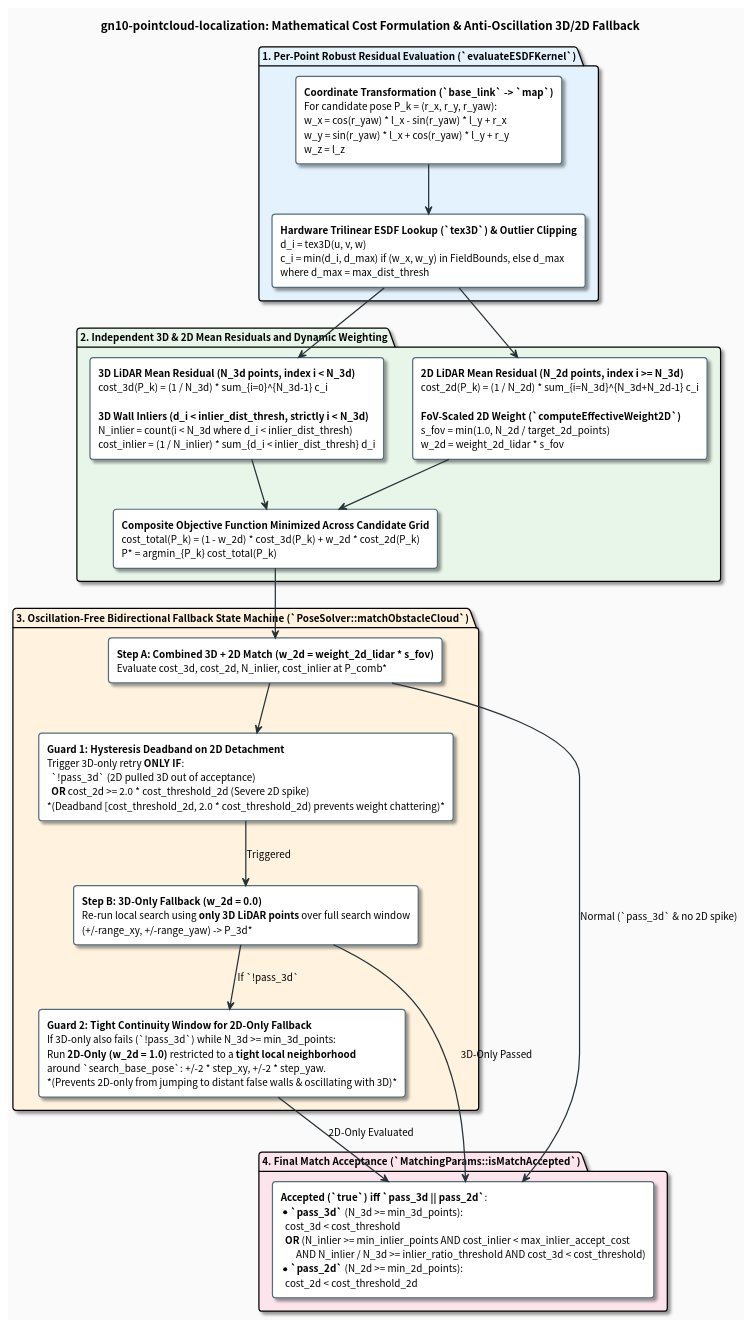
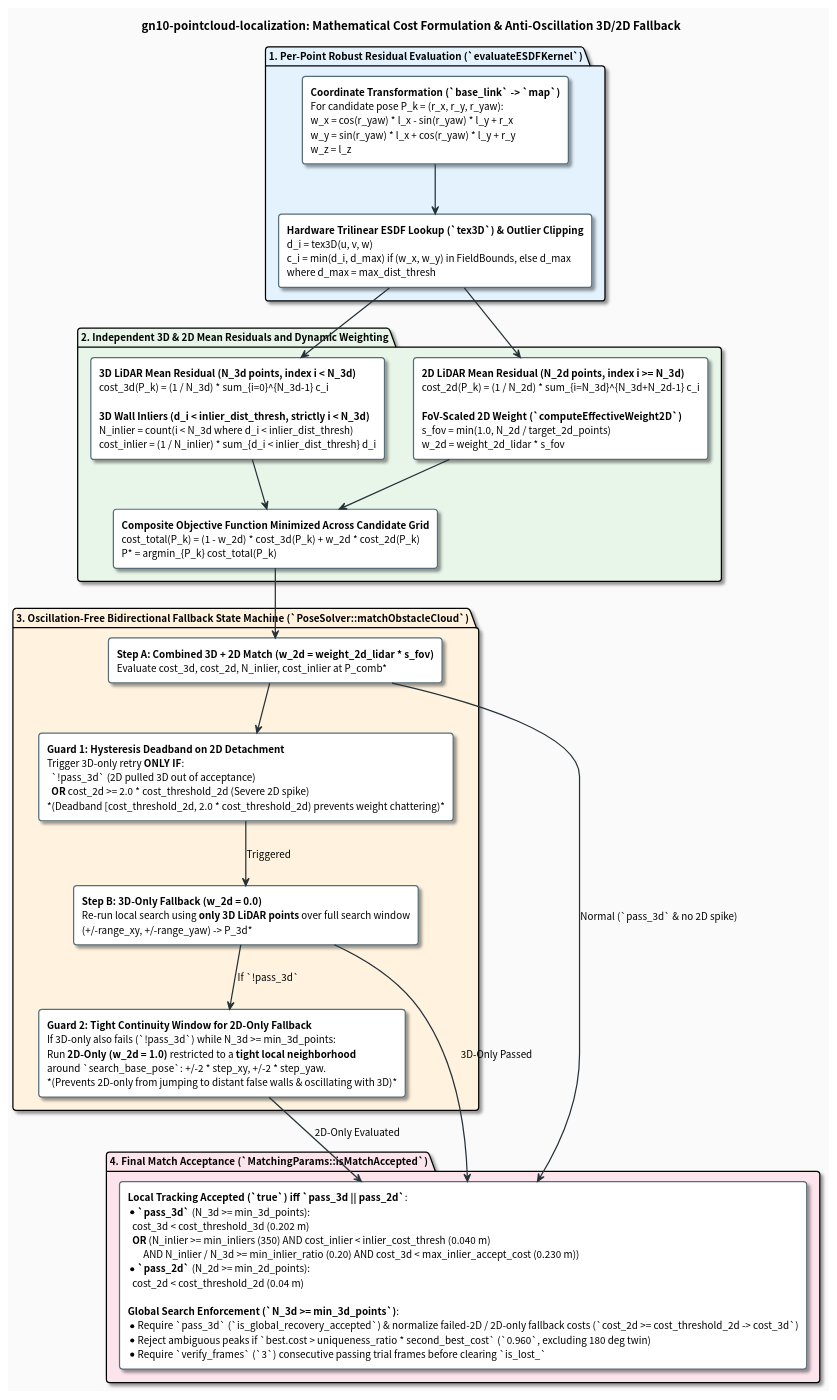
One commit to tmcit-ararobo-2026a/gn10-pointcloud-localization changed the diagram in docs/matching_cost_and_weighting.pu. Above: the diagram before and after it, drawn with PlantUML. The commit also changed 10 other files, not shown here.

Commit message:
docs(global_search): update README and PlantUML diagrams for robust recovery

```diff
--- a/docs/matching_cost_and_weighting.pu
+++ b/docs/matching_cost_and_weighting.pu
@@ -1,70 +1,70 @@
 @startuml matching_cost_and_weighting
 skinparam backgroundColor #FAFAFA
 skinparam defaultFontName "Roboto, Noto Sans CJK JP, sans-serif"
 skinparam defaultFontSize 12
 skinparam roundCorner 8
 skinparam shadowing true
 skinparam ArrowColor #263238
 skinparam ArrowThickness 1.5
 
 skinparam rectangle {
     BackgroundColor #FFFFFF
     BorderColor #546E7A
     BorderThickness 1.5
 }
 
 skinparam note {
     BackgroundColor #FFF8E1
     BorderColor #FFB300
     FontColor #263238
 }
 
 title **gn10-pointcloud-localization: Mathematical Cost Formulation & Anti-Oscillation 3D/2D Fallback**
 
 package "1. Per-Point Robust Residual Evaluation (`evaluateESDFKernel`)" #E3F2FD {
     rectangle "**Coordinate Transformation (`base_link` -> `map`)**\nFor candidate pose P_k = (r_x, r_y, r_yaw):\nw_x = cos(r_yaw) * l_x - sin(r_yaw) * l_y + r_x\nw_y = sin(r_yaw) * l_x + cos(r_yaw) * l_y + r_y\nw_z = l_z" as TF_EQ
 
     rectangle "**Hardware Trilinear ESDF Lookup (`tex3D`) & Outlier Clipping**\nd_i = tex3D(u, v, w)\nc_i = min(d_i, d_max) if (w_x, w_y) in FieldBounds, else d_max\nwhere d_max = max_dist_thresh" as CLIP_EQ
 
     TF_EQ -down-> CLIP_EQ
 }
 
 package "2. Independent 3D & 2D Mean Residuals and Dynamic Weighting" #E8F5E9 {
     rectangle "**3D LiDAR Mean Residual (N_3d points, index i < N_3d)**\ncost_3d(P_k) = (1 / N_3d) * sum_{i=0}^{N_3d-1} c_i\n\n**3D Wall Inliers (d_i < inlier_dist_thresh, strictly i < N_3d)**\nN_inlier = count(i < N_3d where d_i < inlier_dist_thresh)\ncost_inlier = (1 / N_inlier) * sum_{d_i < inlier_dist_thresh} d_i" as COST_3D
 
     rectangle "**2D LiDAR Mean Residual (N_2d points, index i >= N_3d)**\ncost_2d(P_k) = (1 / N_2d) * sum_{i=N_3d}^{N_3d+N_2d-1} c_i\n\n**FoV-Scaled 2D Weight (`computeEffectiveWeight2D`)**\ns_fov = min(1.0, N_2d / target_2d_points)\nw_2d = weight_2d_lidar * s_fov" as COST_2D
 
     rectangle "**Composite Objective Function Minimized Across Candidate Grid**\ncost_total(P_k) = (1 - w_2d) * cost_3d(P_k) + w_2d * cost_2d(P_k)\nP* = argmin_{P_k} cost_total(P_k)" as COMP_EQ
 
     COST_3D -down-> COMP_EQ
     COST_2D -down-> COMP_EQ
 }
 
 CLIP_EQ -down-> COST_3D
 CLIP_EQ -down-> COST_2D
 
 package "3. Oscillation-Free Bidirectional Fallback State Machine (`PoseSolver::matchObstacleCloud`)" #FFF3E0 {
     rectangle "**Step A: Combined 3D + 2D Match (w_2d = weight_2d_lidar * s_fov)**\nEvaluate cost_3d, cost_2d, N_inlier, cost_inlier at P_comb*" as STEP_A
 
     rectangle "**Guard 1: Hysteresis Deadband on 2D Detachment**\nTrigger 3D-only retry **ONLY IF**:\n  `!pass_3d` (2D pulled 3D out of acceptance)\n  **OR** cost_2d >= 2.0 * cost_threshold_2d (Severe 2D spike)\n*(Deadband [cost_threshold_2d, 2.0 * cost_threshold_2d) prevents weight chattering)*" as GUARD_1
 
     rectangle "**Step B: 3D-Only Fallback (w_2d = 0.0)**\nRe-run local search using **only 3D LiDAR points** over full search window\n(+/-range_xy, +/-range_yaw) -> P_3d*" as STEP_B
 
     rectangle "**Guard 2: Tight Continuity Window for 2D-Only Fallback**\nIf 3D-only also fails (`!pass_3d`) while N_3d >= min_3d_points:\nRun **2D-Only (w_2d = 1.0)** restricted to a **tight local neighborhood**\naround `search_base_pose`: +/-2 * step_xy, +/-2 * step_yaw.\n*(Prevents 2D-only from jumping to distant false walls & oscillating with 3D)*" as STEP_C
 
     STEP_A -down-> GUARD_1
     GUARD_1 -down-> STEP_B : Triggered
     STEP_B -down-> STEP_C : If `!pass_3d`
 }
 
 COMP_EQ -down-> STEP_A
 
 package "4. Final Match Acceptance (`MatchingParams::isMatchAccepted`)" #FCE4EC {
-    rectangle "**Accepted (`true`) iff `pass_3d || pass_2d`**:\n* **`pass_3d`** (N_3d >= min_3d_points):\n  cost_3d < cost_threshold\n  **OR** (N_inlier >= min_inlier_points AND cost_inlier < max_inlier_accept_cost\n       AND N_inlier / N_3d >= inlier_ratio_threshold AND cost_3d < cost_threshold)\n* **`pass_2d`** (N_2d >= min_2d_points):\n  cost_2d < cost_threshold_2d" as FINAL_ACCEPT
+    rectangle "**Local Tracking Accepted (`true`) iff `pass_3d || pass_2d`**:\n* **`pass_3d`** (N_3d >= min_3d_points):\n  cost_3d < cost_threshold_3d (0.202 m)\n  **OR** (N_inlier >= min_inliers (350) AND cost_inlier < inlier_cost_thresh (0.040 m)\n       AND N_inlier / N_3d >= min_inlier_ratio (0.20) AND cost_3d < max_inlier_accept_cost (0.230 m))\n* **`pass_2d`** (N_2d >= min_2d_points):\n  cost_2d < cost_threshold_2d (0.04 m)\n\n**Global Search Enforcement (`N_3d >= min_3d_points`)**:\n* Require `pass_3d` (`is_global_recovery_accepted`) & normalize failed-2D / 2D-only fallback costs (`cost_2d >= cost_threshold_2d -> cost_3d`)\n* Reject ambiguous peaks if `best.cost > uniqueness_ratio * second_best_cost` (`0.960`, excluding 180 deg twin)\n* Require `verify_frames` (`3`) consecutive passing trial frames before clearing `is_lost_`" as FINAL_ACCEPT
 }
 
 STEP_A -down-> FINAL_ACCEPT : Normal (`pass_3d` & no 2D spike)
 STEP_B -down-> FINAL_ACCEPT : 3D-Only Passed
 STEP_C -down-> FINAL_ACCEPT : 2D-Only Evaluated
 
 @enduml
```
